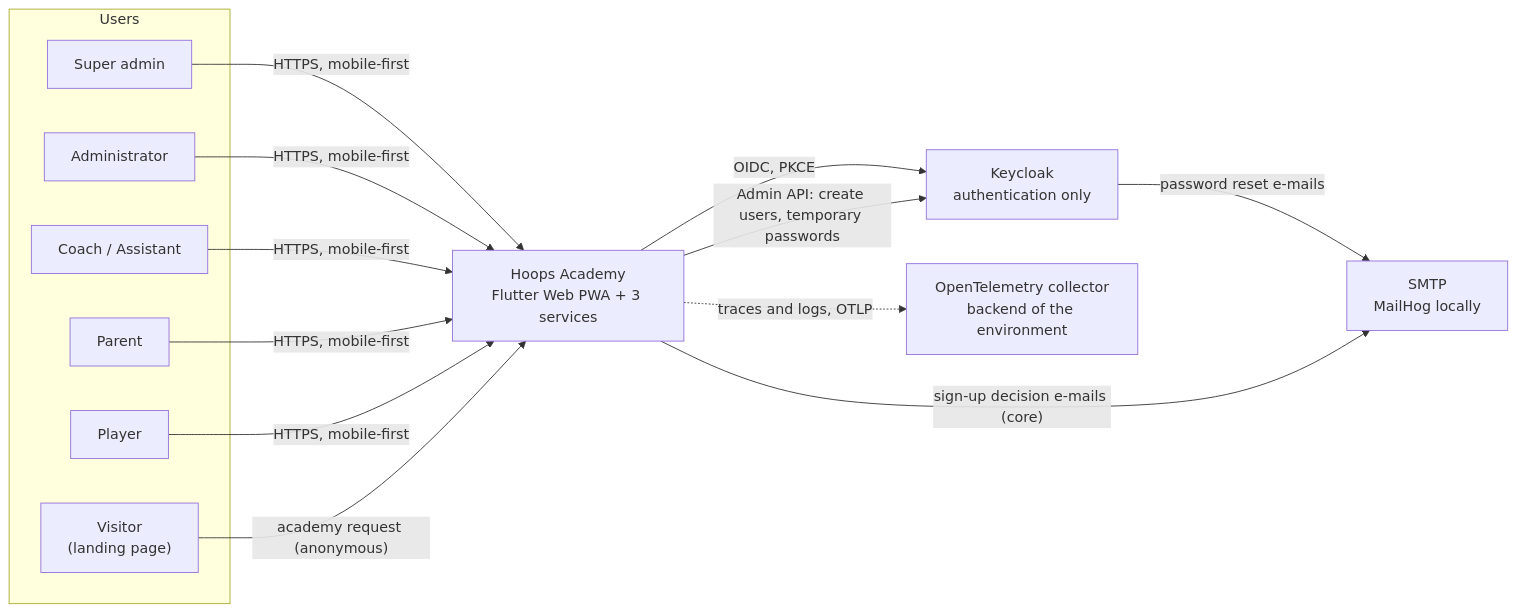
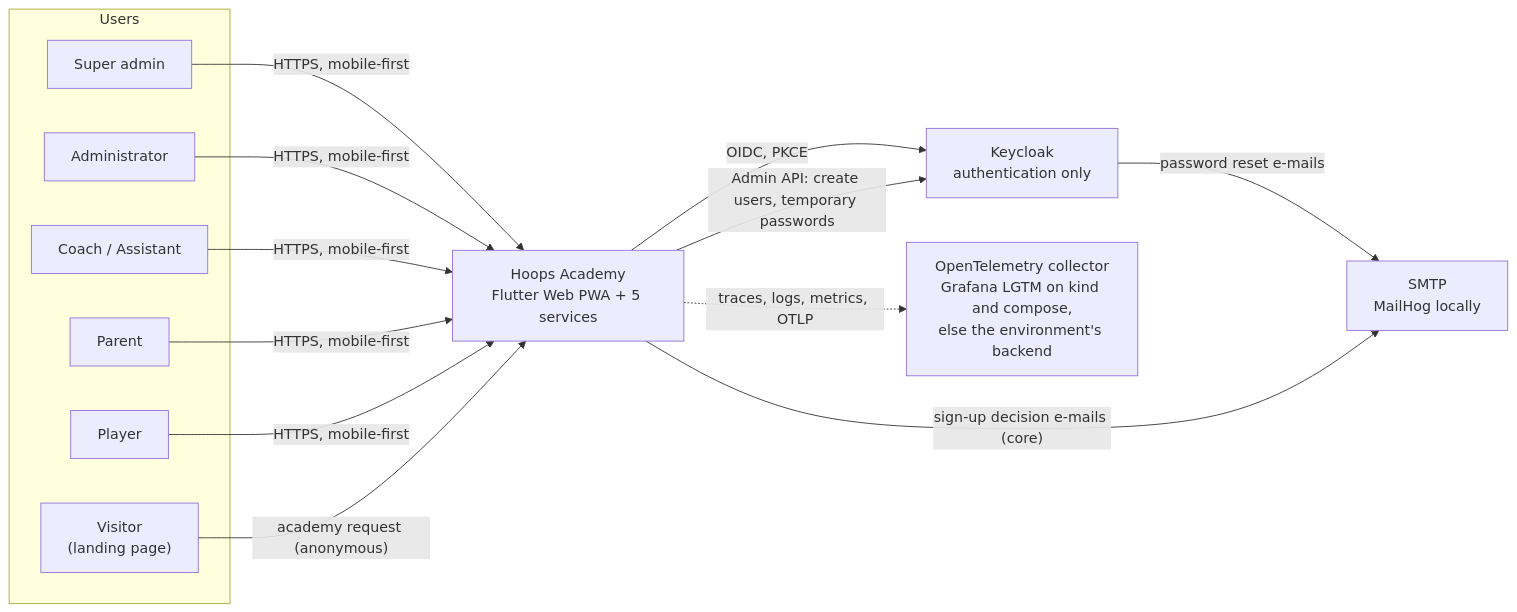
Before and after one commit to davidbejar/hoops-academy: the first of 7 diagrams in docs/architecture.md, drawn with Mermaid. The commit also changed other lines of this file and 26 other files, not shown here.

First line of the commit message:
docs: eighth round docs pass: handover, follow-ups, conformance, roadmap, architecture, ADR index, guides (WP125)

````diff
--- a/docs/architecture.md
+++ b/docs/architecture.md
@@ -9,21 +9,21 @@
 ```mermaid
 flowchart LR
   subgraph Users
     VI["Visitor<br/>(landing page)"]
   SA["Super admin"]
     AD["Administrator"]
     CO["Coach / Assistant"]
     PA["Parent"]
     PL["Player"]
   end
-  APP["Hoops Academy<br/>Flutter Web PWA + 3 services"]
+  APP["Hoops Academy<br/>Flutter Web PWA + 5 services"]
   KC["Keycloak<br/>authentication only"]
   MAIL["SMTP<br/>MailHog locally"]
   SA & AD & CO & PA & PL -->|"HTTPS, mobile-first"| APP
   VI -->|"academy request (anonymous)"| APP
   APP -->|"OIDC, PKCE"| KC
   APP -->|"Admin API: create users, temporary passwords"| KC
   KC -->|"password reset e-mails"| MAIL
   APP -->|"sign-up decision e-mails (core)"| MAIL
-  APP -. "traces and logs, OTLP" .-> OTEL["OpenTelemetry collector<br/>backend of the environment"]
+  APP -. "traces, logs, metrics, OTLP" .-> OTEL["OpenTelemetry collector<br/>Grafana LGTM on kind and compose,<br/>else the environment's backend"]
 ```
````
